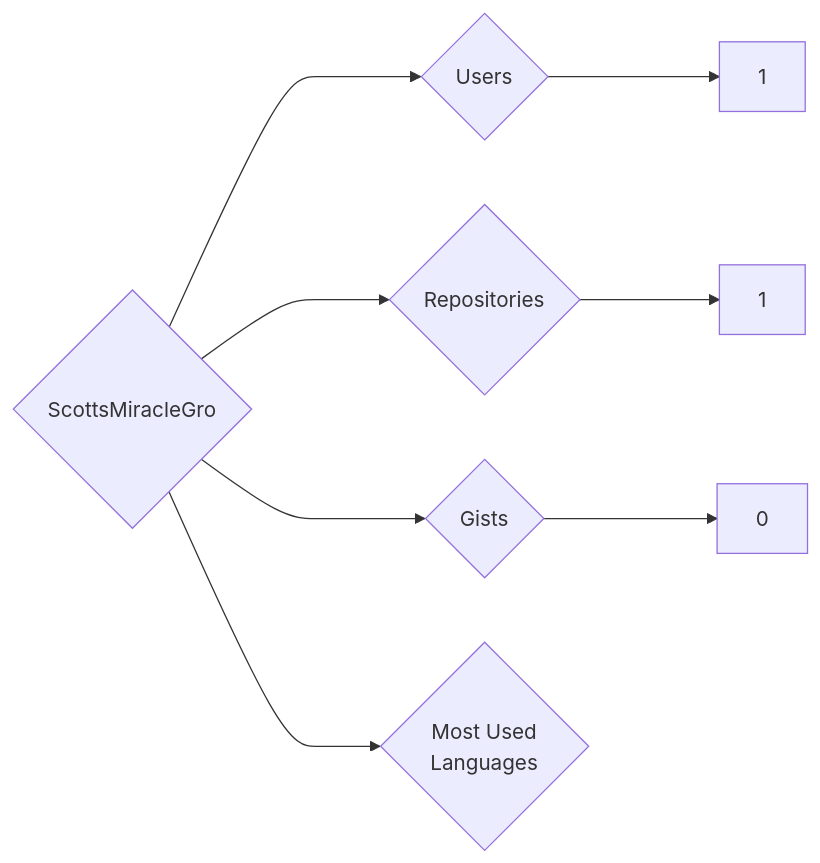
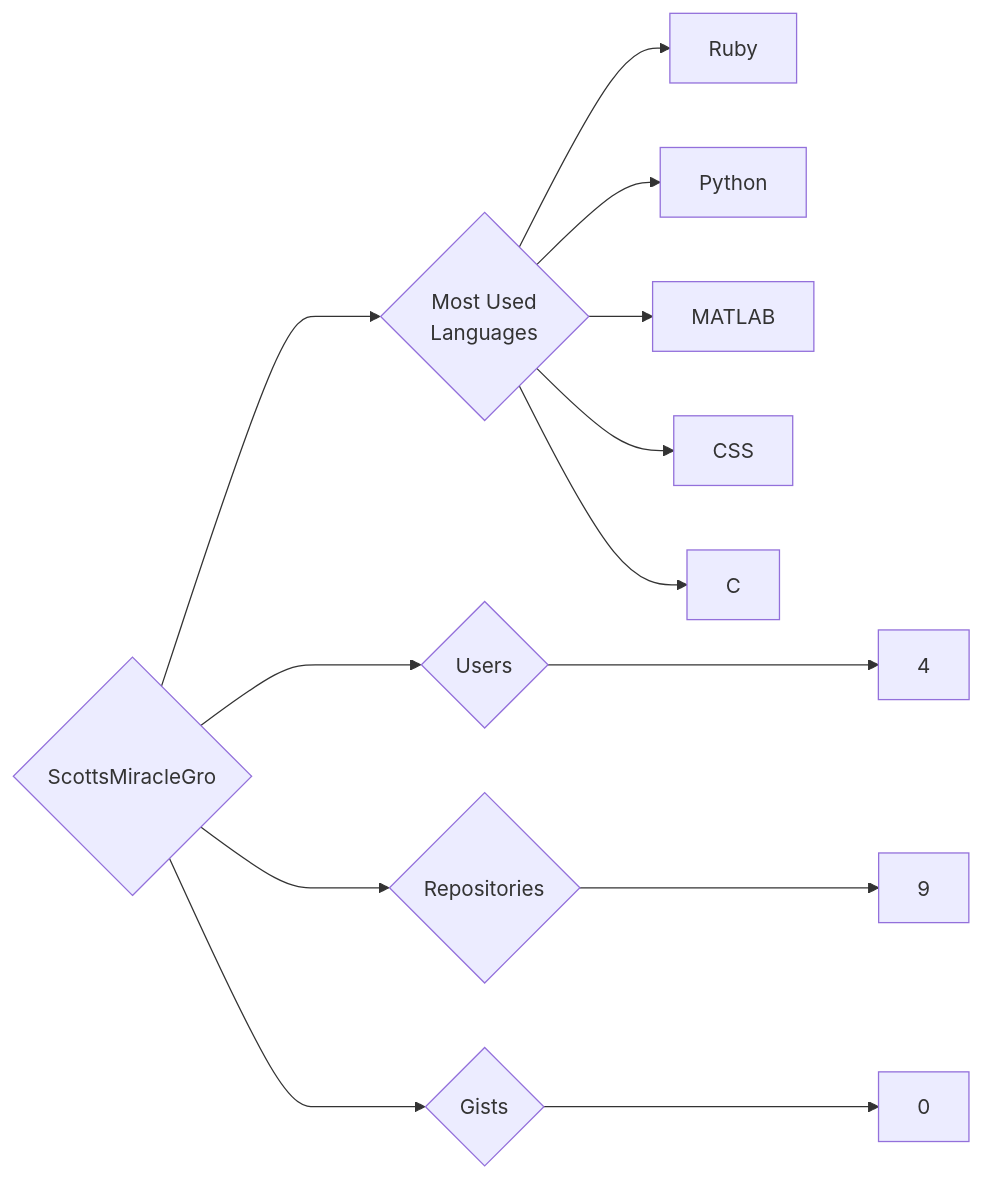
One commit to trickest/insiders changed the diagram in targets/ScottsMiracleGro/README.md. Above: the diagram before and after it, drawn with Mermaid. The commit also changed 1696 other files, not shown here.

````diff
--- a/targets/ScottsMiracleGro/README.md
+++ b/targets/ScottsMiracleGro/README.md
@@ -3,8 +3,13 @@
 ```mermaid
 graph LR
 COMPANY_NAME{ScottsMiracleGro}
-COMPANY_NAME ---> U{Users} ---> UN[1]
-COMPANY_NAME ---> R{Repositories} ---> RN[1]
+COMPANY_NAME ---> U{Users} ---> UN[4]
+COMPANY_NAME ---> R{Repositories} ---> RN[9]
 COMPANY_NAME ---> G{Gists} ---> GN[0]
 COMPANY_NAME ---> ML{Most Used<br>Languages}
+ML --> Ruby[Ruby]
+ML --> Python[Python]
+ML --> MATLAB[MATLAB]
+ML --> CSS[CSS]
+ML --> C[C]
 ```
````
